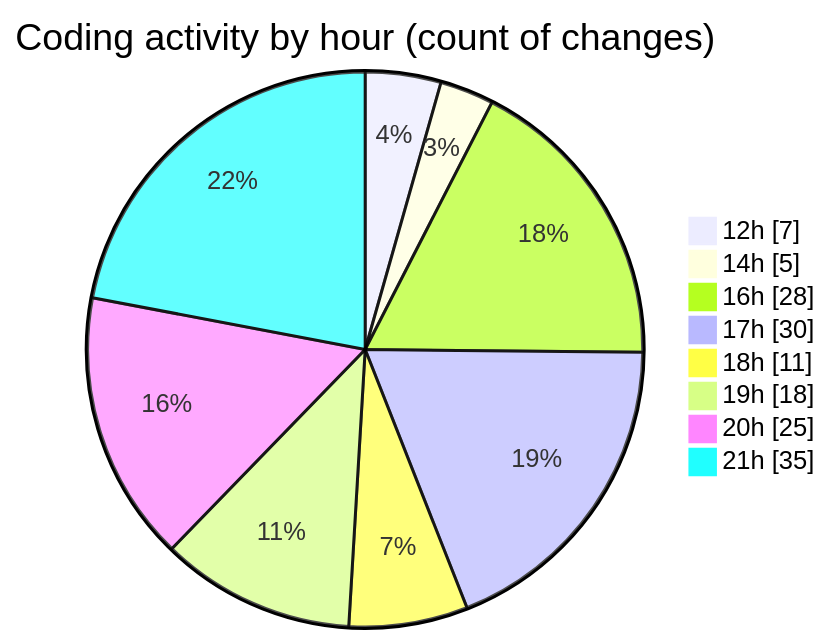
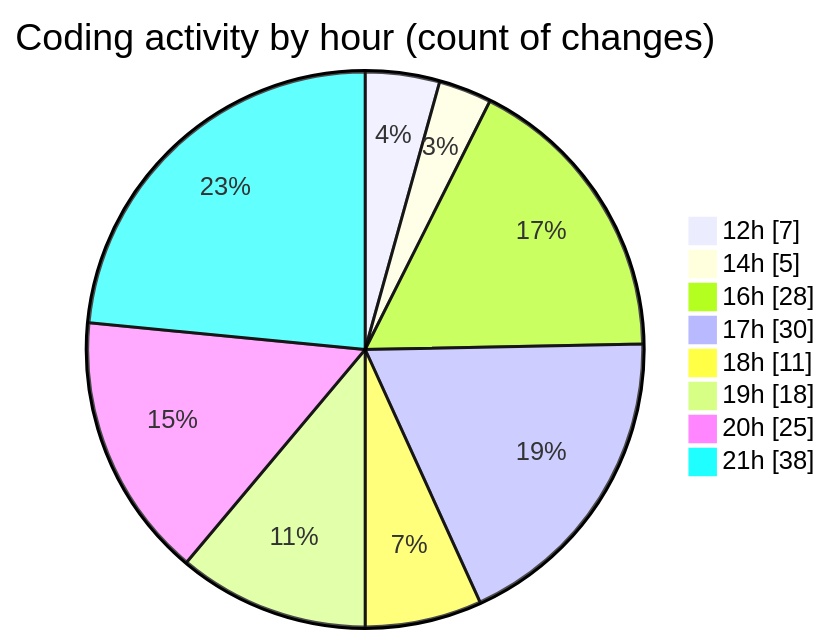
The second of 2 diagrams in 2025-10-06/eventscop-frontend-guide__workspace_/README.md (julien-gomy/code-tracking), drawn with Mermaid before and after one commit. The commit also changed other lines of this file and 1 other file, not shown here.

````diff
--- a/2025-10-06/eventscop-frontend-guide__workspace_/README.md
+++ b/2025-10-06/eventscop-frontend-guide__workspace_/README.md
@@ -71,12 +72,12 @@
 ```mermaid
 pie showData
 title Coding activity by hour (count of changes)
 "12h" : 7
 "14h" : 5
 "16h" : 28
 "17h" : 30
 "18h" : 11
 "19h" : 18
 "20h" : 25
-"21h" : 35
+"21h" : 38
 ```
````
